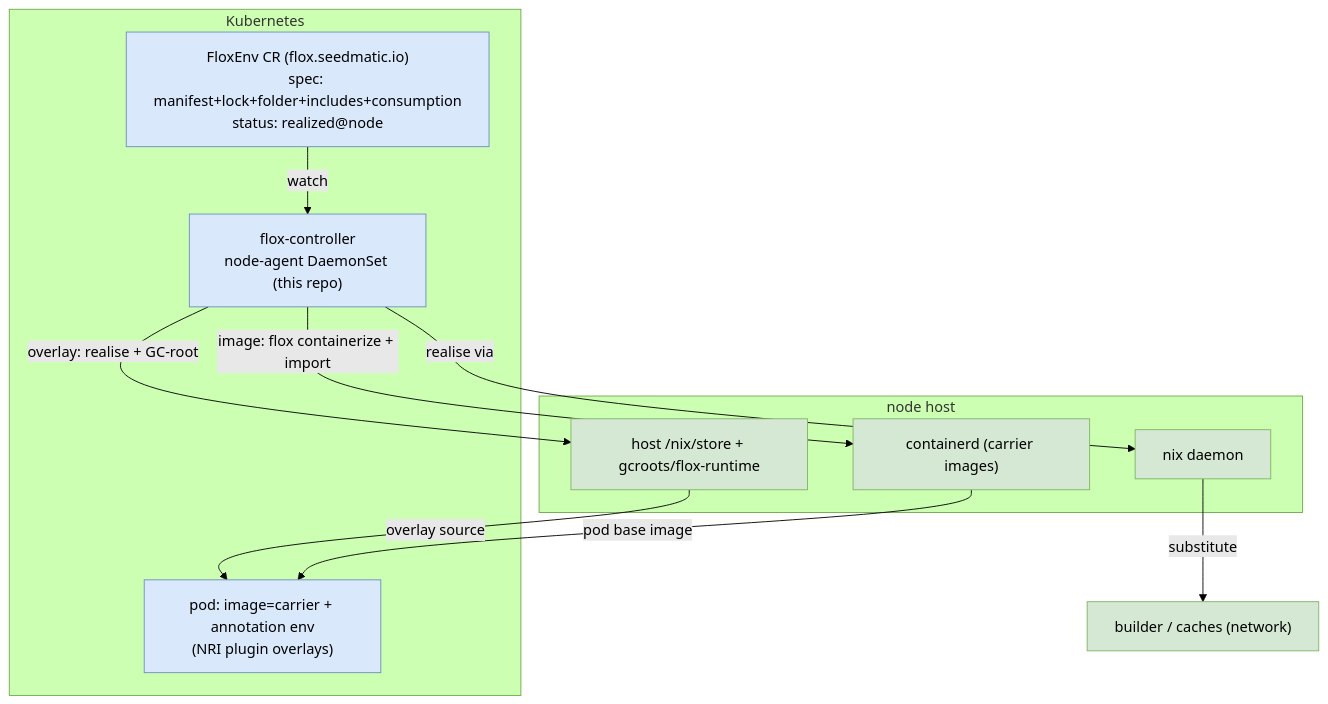
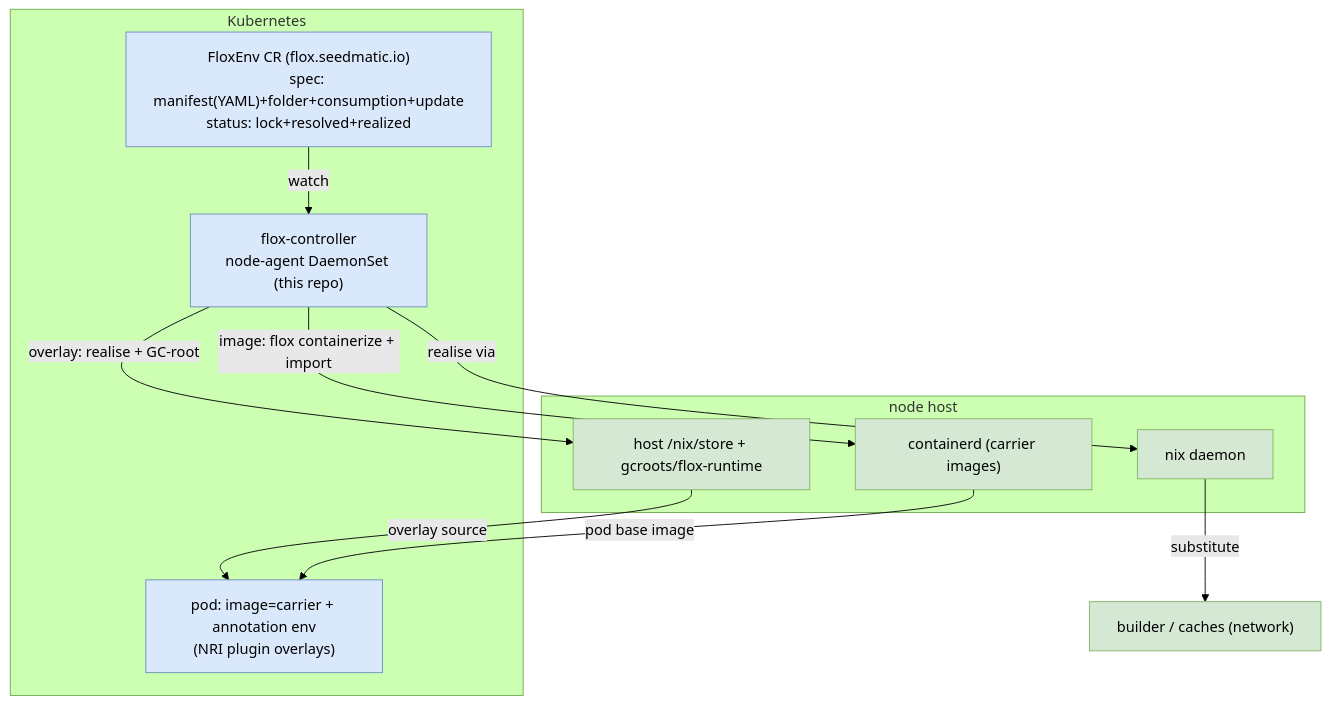
One commit to seedmatic/flox-controller changed the diagram in docs/design.md. Above: the diagram before and after it, drawn with Mermaid (forest theme). The commit also changed other lines of this file and 1 other file, not shown here.

First line of the commit message:
api,docs: collapse FloxEnv spec to manifest(YAML) + folder + update

````diff
--- a/docs/design.md
+++ b/docs/design.md
@@ -145,26 +166,26 @@
 ```mermaid
 flowchart TB
   subgraph k8s["Kubernetes"]
-    cr["FloxEnv CR (flox.seedmatic.io)<br/>spec: manifest+lock+folder+includes+consumption<br/>status: realized@node"]
+    cr["FloxEnv CR (flox.seedmatic.io)<br/>spec: manifest(YAML)+folder+consumption+update<br/>status: lock+resolved+realized"]
     ctl["flox-controller<br/>node-agent DaemonSet (this repo)"]
     pod["pod: image=carrier + annotation env<br/>(NRI plugin overlays)"]
     cr -->|watch| ctl
   end
   subgraph node["node host"]
     daemon["nix daemon"]
     store["host /nix/store + gcroots/flox-runtime"]
     cd["containerd (carrier images)"]
   end
   builder["builder / caches (network)"]
   ctl -->|"overlay: realise + GC-root"| store
   ctl -->|"image: flox containerize + import"| cd
   ctl -->|realise via| daemon
   daemon -->|substitute| builder
   store -->|overlay source| pod
   cd -->|pod base image| pod
 
   classDef c fill:#dae8fc,stroke:#6c8ebf
   classDef s fill:#d5e8d4,stroke:#82b366
   class cr,ctl,pod c
   class daemon,store,cd,builder s
 ```
````
